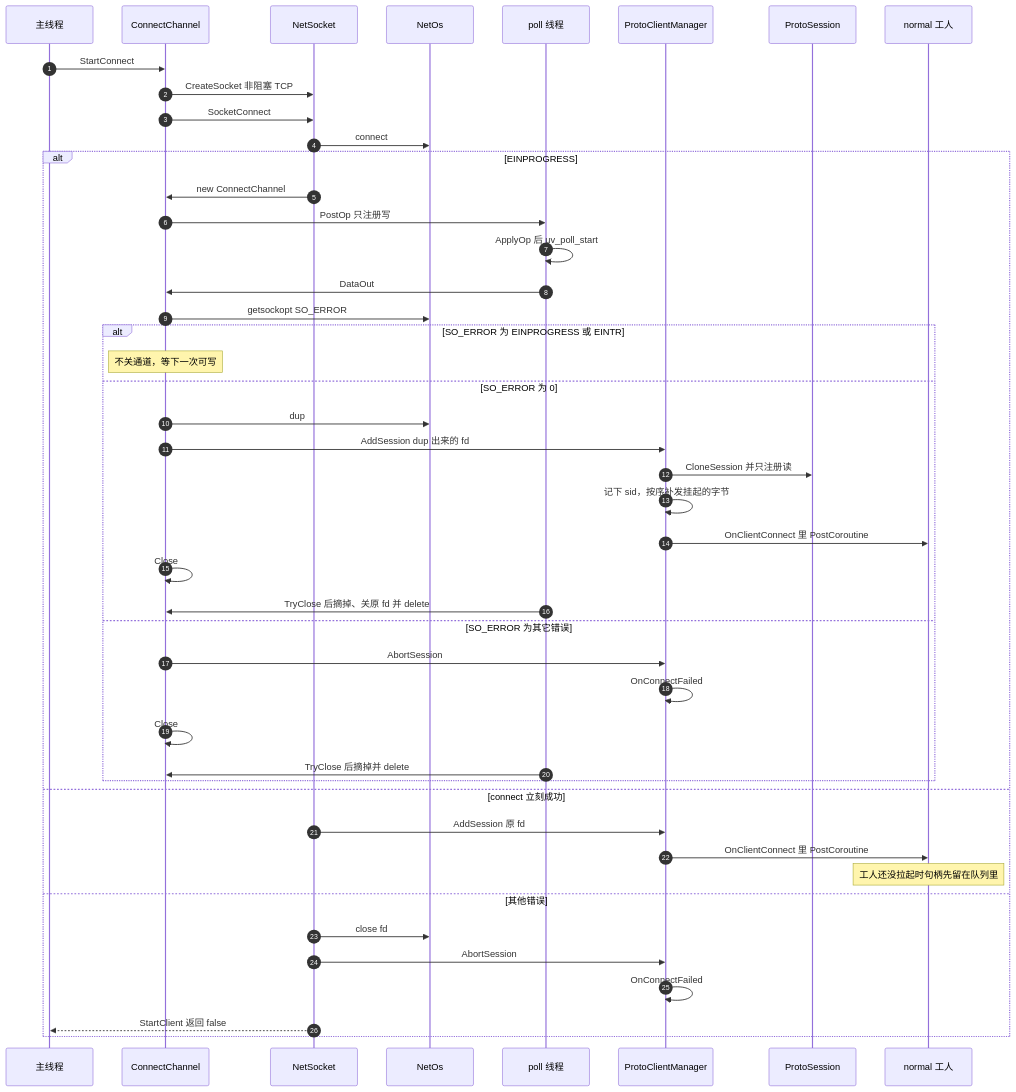
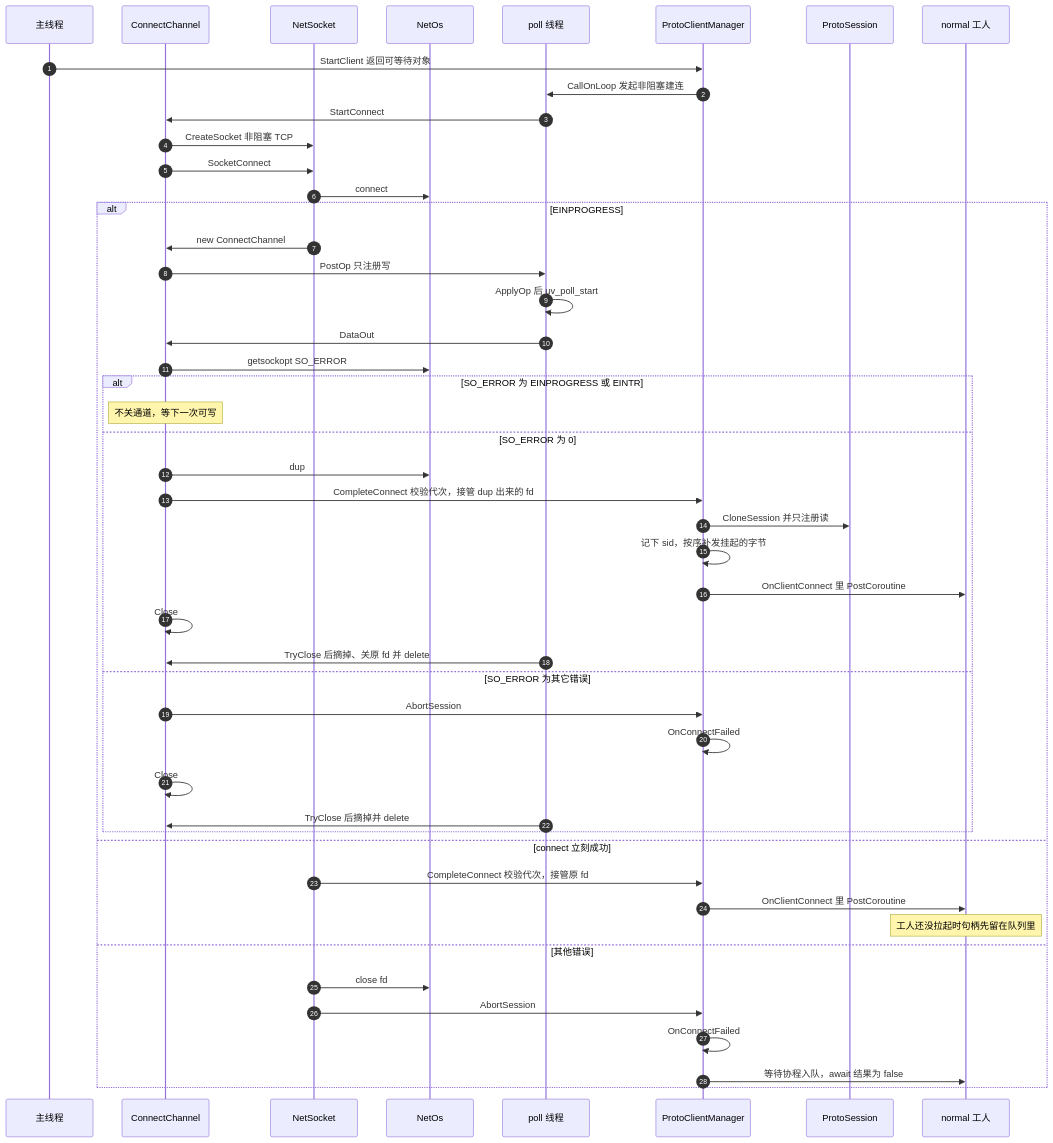
The diagram in docs/sequence-diagram/multi-thread/connect.md (orikiaru/openidea), drawn with Mermaid before and after one commit. The commit also changed other lines of this file and 17 other files, not shown here.

````diff
--- a/docs/sequence-diagram/multi-thread/connect.md
+++ b/docs/sequence-diagram/multi-thread/connect.md
@@ -7,49 +7,51 @@
 ```mermaid
 sequenceDiagram
     autonumber
     participant Main as 主线程
     participant Conn as ConnectChannel
     participant Sock as NetSocket
     participant Os as NetOs
     participant Poll as poll 线程
     participant Mgr as ProtoClientManager
     participant Sess as ProtoSession
     participant Worker as normal 工人
 
-    Main->>Conn: StartConnect
+    Main->>Mgr: StartClient 返回可等待对象
+    Mgr->>Poll: CallOnLoop 发起非阻塞建连
+    Poll->>Conn: StartConnect
     Conn->>Sock: CreateSocket 非阻塞 TCP
     Conn->>Sock: SocketConnect
     Sock->>Os: connect
     alt EINPROGRESS
         Sock->>Conn: new ConnectChannel
         Conn->>Poll: PostOp 只注册写
         Poll->>Poll: ApplyOp 后 uv_poll_start
         Poll->>Conn: DataOut
         Conn->>Os: getsockopt SO_ERROR
         alt SO_ERROR 为 EINPROGRESS 或 EINTR
             Note over Conn: 不关通道，等下一次可写
         else SO_ERROR 为 0
             Conn->>Os: dup
-            Conn->>Mgr: AddSession dup 出来的 fd
+            Conn->>Mgr: CompleteConnect 校验代次，接管 dup 出来的 fd
             Mgr->>Sess: CloneSession 并只注册读
             Mgr->>Mgr: 记下 sid，按序补发挂起的字节
             Mgr->>Worker: OnClientConnect 里 PostCoroutine
             Conn->>Conn: Close
             Poll->>Conn: TryClose 后摘掉、关原 fd 并 delete
         else SO_ERROR 为其它错误
             Conn->>Mgr: AbortSession
             Mgr->>Mgr: OnConnectFailed
             Conn->>Conn: Close
             Poll->>Conn: TryClose 后摘掉并 delete
         end
     else connect 立刻成功
-        Sock->>Mgr: AddSession 原 fd
+        Sock->>Mgr: CompleteConnect 校验代次，接管原 fd
         Mgr->>Worker: OnClientConnect 里 PostCoroutine
         Note over Worker: 工人还没拉起时句柄先留在队列里
     else 其他错误
         Sock->>Os: close fd
         Sock->>Mgr: AbortSession
         Mgr->>Mgr: OnConnectFailed
-        Sock-->>Main: StartClient 返回 false
+        Mgr->>Worker: 等待协程入队，await 结果为 false
     end
 ```
````
